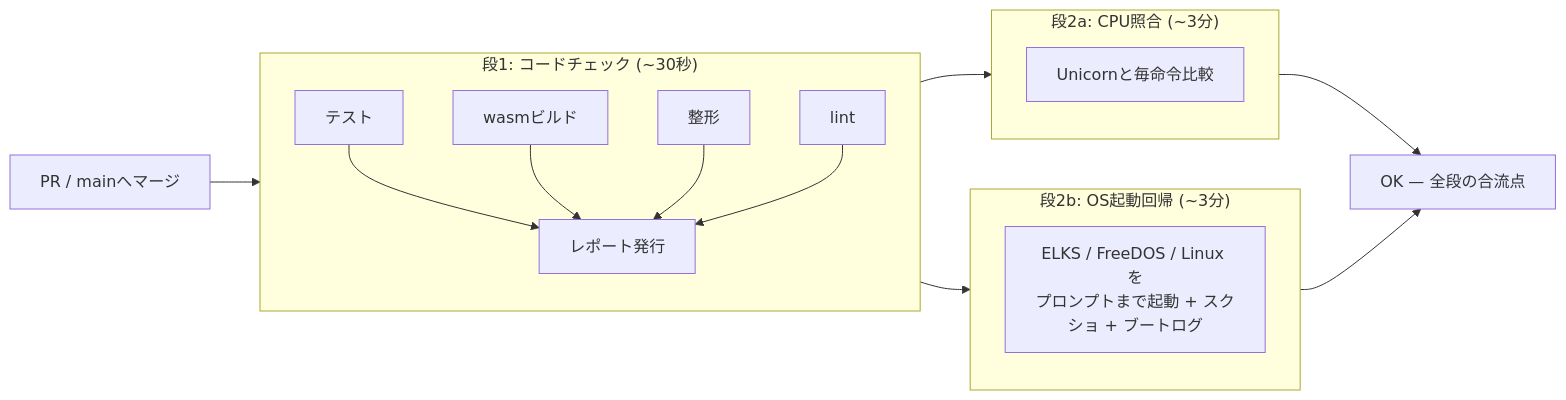
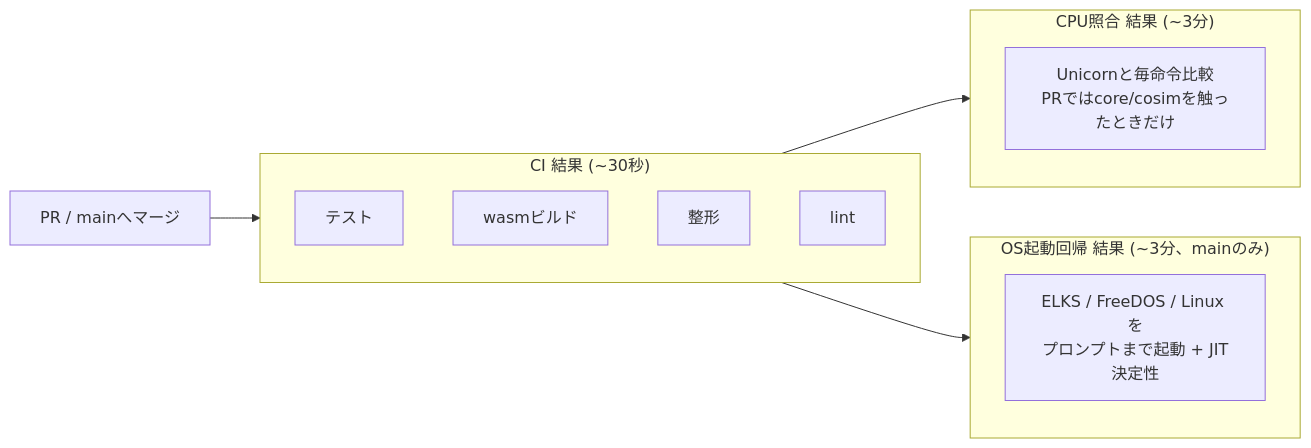
One commit to yoshiharu-ishii/rustx86 changed the diagram in docs/reference/ci.md. Above: the diagram before and after it, drawn with Mermaid. The commit also changed other lines of this file and 2 other files, not shown here.

````diff
--- a/docs/reference/ci.md
+++ b/docs/reference/ci.md
@@ -16,19 +16,17 @@
 ```mermaid
 flowchart LR
-    PR[PR / mainへマージ] --> CHECKJ
+    PR[PR / mainへマージ] --> CI
 
-    subgraph CHECKJ["段1: コードチェック (~30秒)"]
-        T[テスト] & W[wasmビルド] & F[整形] & L[lint] --> R[レポート発行]
+    subgraph CI["CI 結果 (~30秒)"]
+        T[テスト] & W[wasmビルド] & F[整形] & L[lint]
     end
 
-    CHECKJ --> COS & REG
+    CI --> COS & REG
 
-    subgraph COS["段2a: CPU照合 (~3分)"]
-        C[Unicornと毎命令比較]
+    subgraph COS["CPU照合 結果 (~3分)"]
+        C[Unicornと毎命令比較<br>PRではcore/cosimを触ったときだけ]
     end
-    subgraph REG["段2b: OS起動回帰 (~3分)"]
-        G[ELKS / FreeDOS / Linux を<br>プロンプトまで起動 + スクショ + ブートログ]
+    subgraph REG["OS起動回帰 結果 (~3分、mainのみ)"]
+        G[ELKS / FreeDOS / Linux を<br>プロンプトまで起動 + JIT決定性]
     end
-
-    COS & REG --> OK[OK — 全段の合流点]
 ```
````
